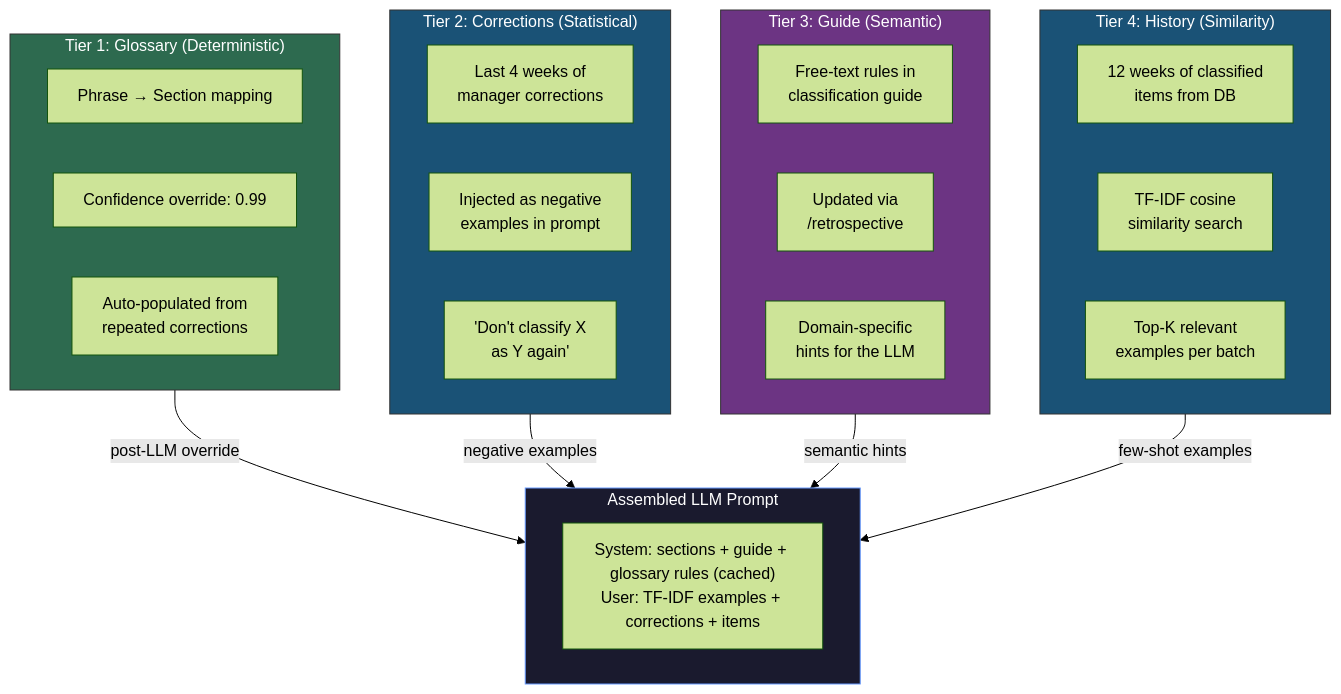
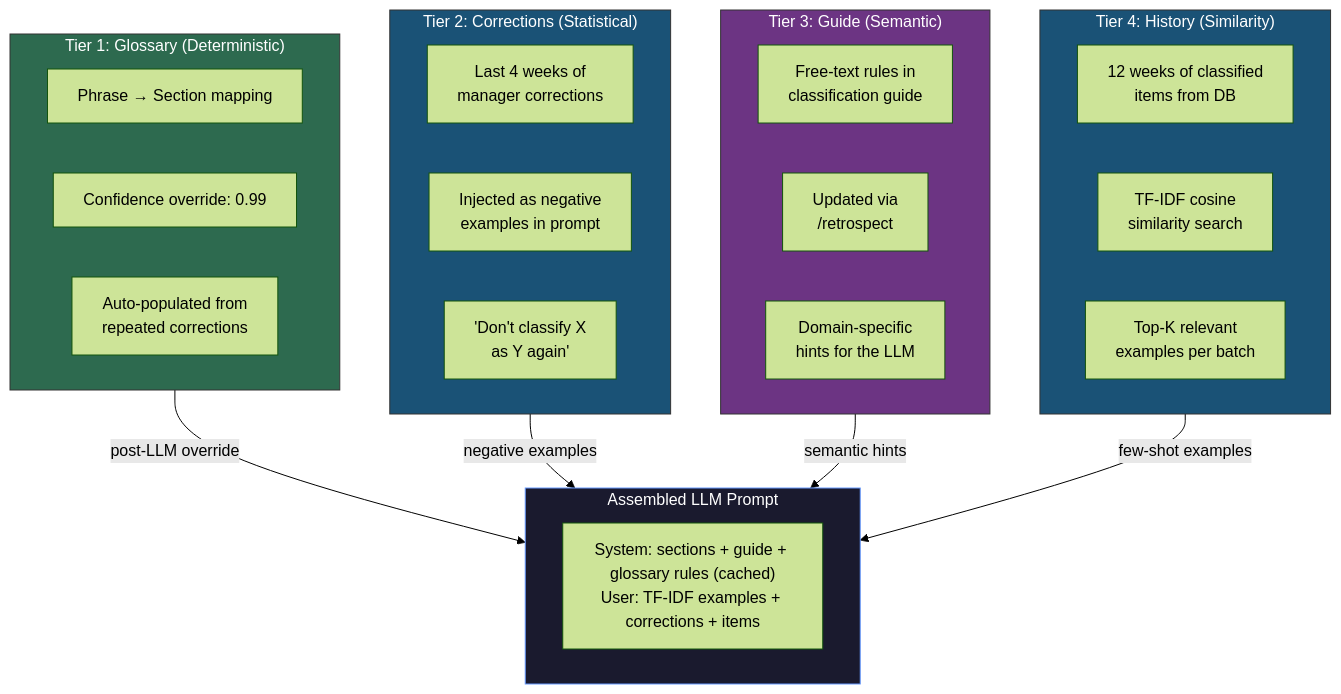
One commit to WZ/reportbot changed the fifth of 5 diagrams in docs/agentic-architecture.md. Above: the diagram before and after it, drawn with Mermaid (forest theme). The commit also changed other lines of this file and 6 other files, not shown here.

First line of the commit message:
Rename /retrospective to /retrospect, resolve section IDs to labels in retro glossary apply

````diff
--- a/docs/agentic-architecture.md
+++ b/docs/agentic-architecture.md
@@ -328,45 +328,45 @@
 ```mermaid
 flowchart TB
     subgraph T1["Tier 1: Glossary (Deterministic)"]
         direction LR
         G1["Phrase → Section mapping"]
         G2["Confidence override: 0.99"]
         G3["Auto-populated from\nrepeated corrections"]
     end
 
     subgraph T2["Tier 2: Corrections (Statistical)"]
         direction LR
         H1["Last 4 weeks of\nmanager corrections"]
         H2["Injected as negative\nexamples in prompt"]
         H3["'Don't classify X\nas Y again'"]
     end
 
     subgraph T3["Tier 3: Guide (Semantic)"]
         direction LR
         R1["Free-text rules in\nclassification guide"]
-        R2["Updated via\n/retrospective"]
+        R2["Updated via\n/retrospect"]
         R3["Domain-specific\nhints for the LLM"]
     end
 
     subgraph T4["Tier 4: History (Similarity)"]
         direction LR
         S1["12 weeks of classified\nitems from DB"]
         S2["TF-IDF cosine\nsimilarity search"]
         S3["Top-K relevant\nexamples per batch"]
     end
 
     subgraph Prompt["Assembled LLM Prompt"]
         P["System: sections + guide + glossary rules (cached)\nUser: TF-IDF examples + corrections + items"]
     end
 
     T1 -->|"post-LLM override"| Prompt
     T2 -->|"negative examples"| Prompt
     T3 -->|"semantic hints"| Prompt
     T4 -->|"few-shot examples"| Prompt
 
     style T1 fill:#2d6a4f,stroke:#333,color:#fff
     style T2 fill:#1a5276,stroke:#333,color:#fff
     style T3 fill:#6c3483,stroke:#333,color:#fff
     style T4 fill:#1a5276,stroke:#333,color:#fff
     style Prompt fill:#1a1a2e,stroke:#69f,color:#fff
 ```
````
